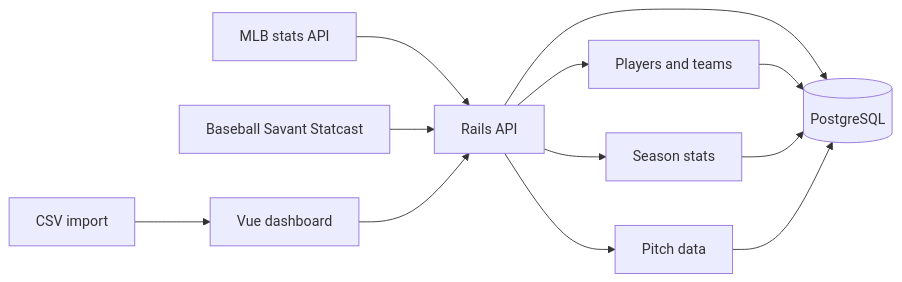
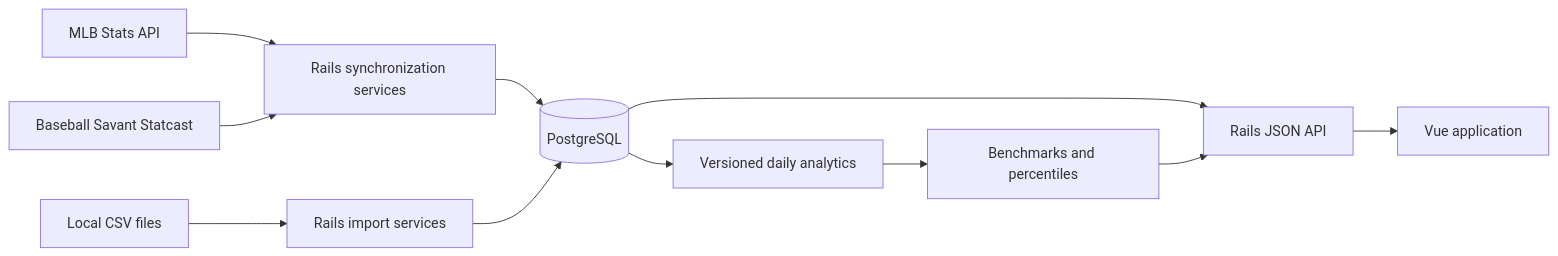
Before and after one commit to timothyf/diamond-iq: the diagram in README.md, drawn with Mermaid. The commit also changed other lines of this file, not shown here.

````diff
--- a/README.md
+++ b/README.md
@@ -21,14 +69,13 @@
 ```mermaid
 flowchart LR
-  CSV[CSV import] --> FE[Vue dashboard]
-  MLB[MLB stats API] --> API[Rails API]
-  SAVANT[Baseball Savant Statcast] --> API
-  FE --> API
-  API --> DB[(PostgreSQL)]
-  API --> PLAYERS[Players and teams]
-  API --> SEASONS[Season stats]
-  API --> PITCHES[Pitch data]
-  PLAYERS --> DB
-  SEASONS --> DB
-  PITCHES --> DB
+  MLB[MLB Stats API] --> SYNC[Rails synchronization services]
+  SAVANT[Baseball Savant Statcast] --> SYNC
+  CSV[Local CSV files] --> IMPORT[Rails import services]
+  SYNC --> DB[(PostgreSQL)]
+  IMPORT --> DB
+  DB --> DAILY[Versioned daily analytics]
+  DAILY --> CONTEXT[Benchmarks and percentiles]
+  DB --> API[Rails JSON API]
+  CONTEXT --> API
+  API --> VUE[Vue application]
 ```
````
